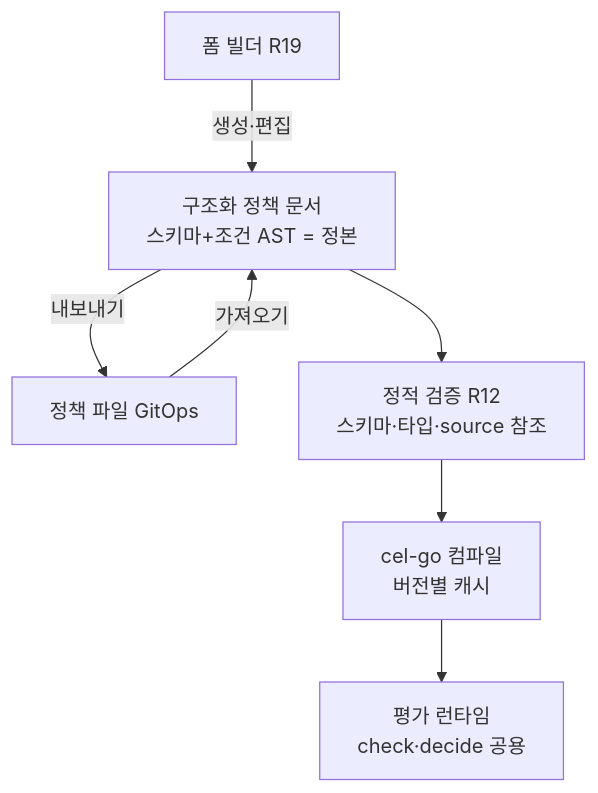
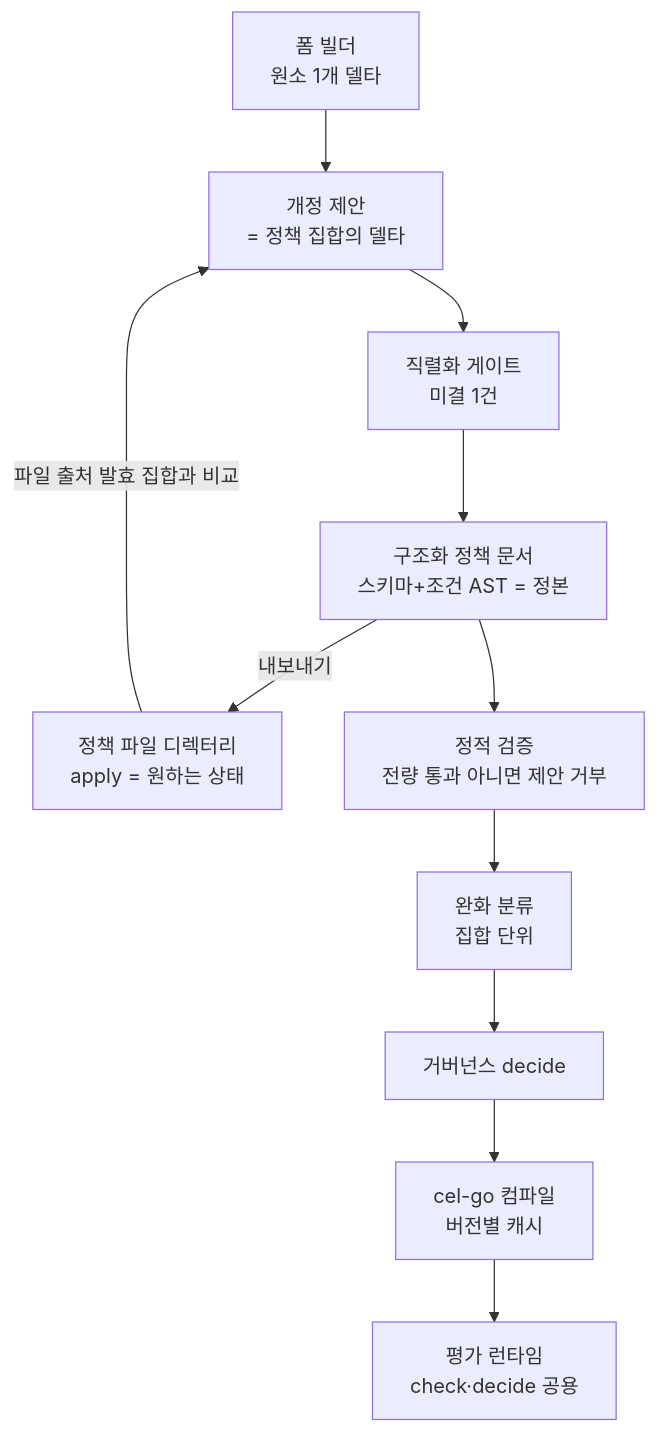
The fourth of 5 diagrams in docs/plans/2026-08-07-001-feat-stamp-feature-map-plan.md (d0lim/stamp), drawn with Mermaid before and after one commit. The commit also changed other lines of this file, not shown here.

````diff
--- a/docs/plans/2026-08-07-001-feat-stamp-feature-map-plan.md
+++ b/docs/plans/2026-08-07-001-feat-stamp-feature-map-plan.md
@@ -335,9 +378,13 @@
 ```mermaid
 flowchart TB
-    FORM[폼 빌더 R19] -->|생성·편집| AST[구조화 정책 문서<br/>스키마+조건 AST = 정본]
-    FILE[정책 파일 GitOps] -->|가져오기| AST
+    FORM[폼 빌더<br/>원소 1개 델타] --> DELTA
+    FILE[정책 파일 디렉터리<br/>apply = 원하는 상태] -->|파일 출처 발효 집합과 비교| DELTA[개정 제안<br/>= 정책 집합의 델타]
+    DELTA --> GATE[직렬화 게이트<br/>미결 1건]
+    GATE --> AST[구조화 정책 문서<br/>스키마+조건 AST = 정본]
     AST -->|내보내기| FILE
-    AST --> VAL[정적 검증 R12<br/>스키마·타입·source 참조]
-    VAL --> CEL[cel-go 컴파일<br/>버전별 캐시]
+    AST --> VAL[정적 검증<br/>전량 통과 아니면 제안 거부]
+    VAL --> WK[완화 분류<br/>집합 단위]
+    WK --> GOV[거버넌스 decide]
+    GOV --> CEL[cel-go 컴파일<br/>버전별 캐시]
     CEL --> RT[평가 런타임<br/>check·decide 공용]
 ```
````
